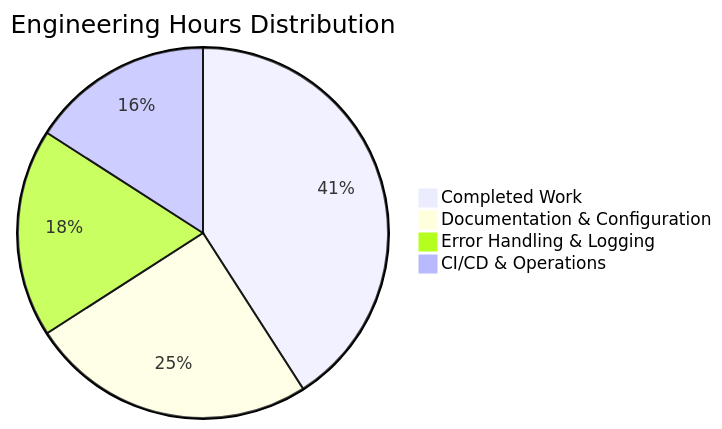
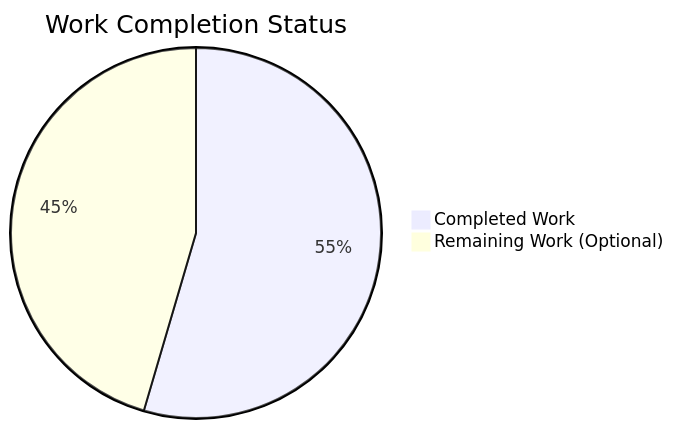
One commit to blitzytest02/blitzy-20250603112938989 changed the second of 2 diagrams in blitzy/documentation/Project Guide.md. Above: the diagram before and after it, drawn with Mermaid. The commit also changed other lines of this file, not shown here.

Commit message:
Adding Blitzy Project Guide: Project Status and Human Tasks Remaining

````diff
--- a/blitzy/documentation/Project Guide.md
+++ b/blitzy/documentation/Project Guide.md
@@ -1399,7 +638,5 @@
 ```mermaid
-pie title Engineering Hours Distribution
-    "Completed Work" : 18
-    "Documentation & Configuration" : 11
-    "Error Handling & Logging" : 8
-    "CI/CD & Operations" : 7
+pie title Work Completion Status
+    "Completed Work" : 12
+    "Remaining Work (Optional)" : 10
 ```
````
